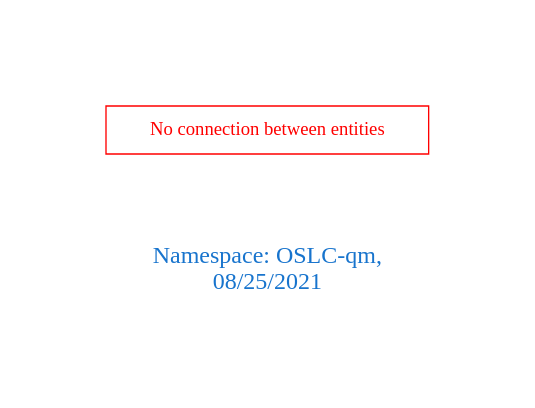
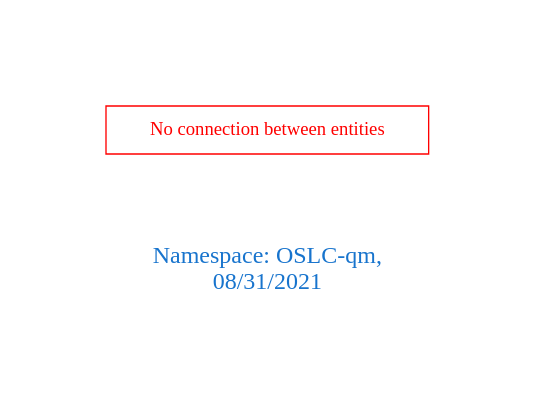
Before and after one commit to arago/OGIT: the diagram in downloads/OSLC-qm.dot, drawn with Graphviz. The commit also changed 1906 other files, not shown here.

```diff
--- a/downloads/OSLC-qm.dot
+++ b/downloads/OSLC-qm.dot
@@ -1,9 +1,9 @@
 digraph OGIT_ontology {
  graph [ rankdir= LR,pad=1 
 fontsize = 18,
-fontcolor= dodgerblue3,label = "\n\n\nNamespace: OSLC-qm, \n 08/25/2021"];
+fontcolor= dodgerblue3,label = "\n\n\nNamespace: OSLC-qm, \n 08/31/2021"];
 node[shape=polygon];
 edge [  color="gray81"];
 
 "No connection between entities" [fontcolor = "red",color="red", shape="polygon"]
 }
```
